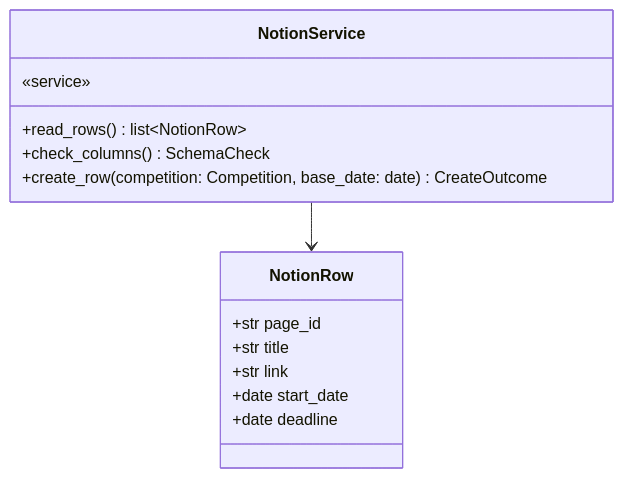
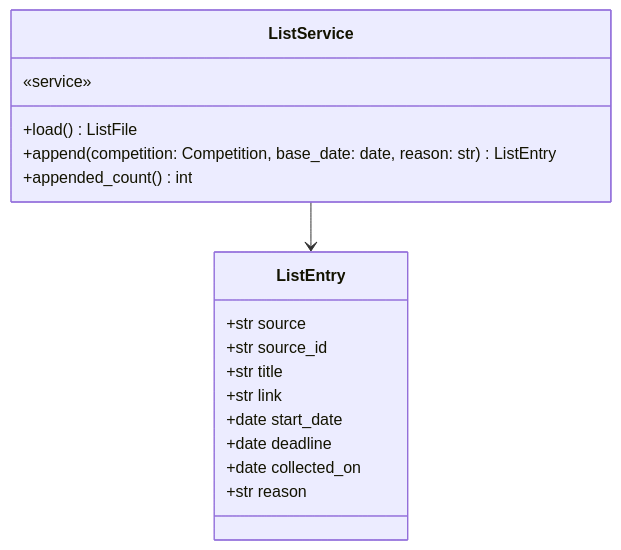
One commit to HoyoungParkme/competition-crawler changed diagram 13 of 18 in docs/specs/06-DOM/CCR-DOM-002.md. Above: the diagram before and after it, drawn with Mermaid. The commit also changed other lines of this file, not shown here.

````diff
--- a/docs/specs/06-DOM/CCR-DOM-002.md
+++ b/docs/specs/06-DOM/CCR-DOM-002.md
@@ -519,17 +638,20 @@
 ```mermaid
 classDiagram
-    class NotionService {
+    class ListService {
         «service»
-        +read_rows() list~NotionRow~
-        +check_columns() SchemaCheck
-        +create_row(competition: Competition, base_date: date) CreateOutcome
+        +load() ListFile
+        +append(competition: Competition, base_date: date, reason: str) ListEntry
+        +appended_count() int
     }
-    class NotionRow {
-        +str page_id
+    class ListEntry {
+        +str source
+        +str source_id
         +str title
         +str link
         +date start_date
         +date deadline
+        +date collected_on
+        +str reason
     }
-    NotionService --> NotionRow
+    ListService --> ListEntry
 ```
````
